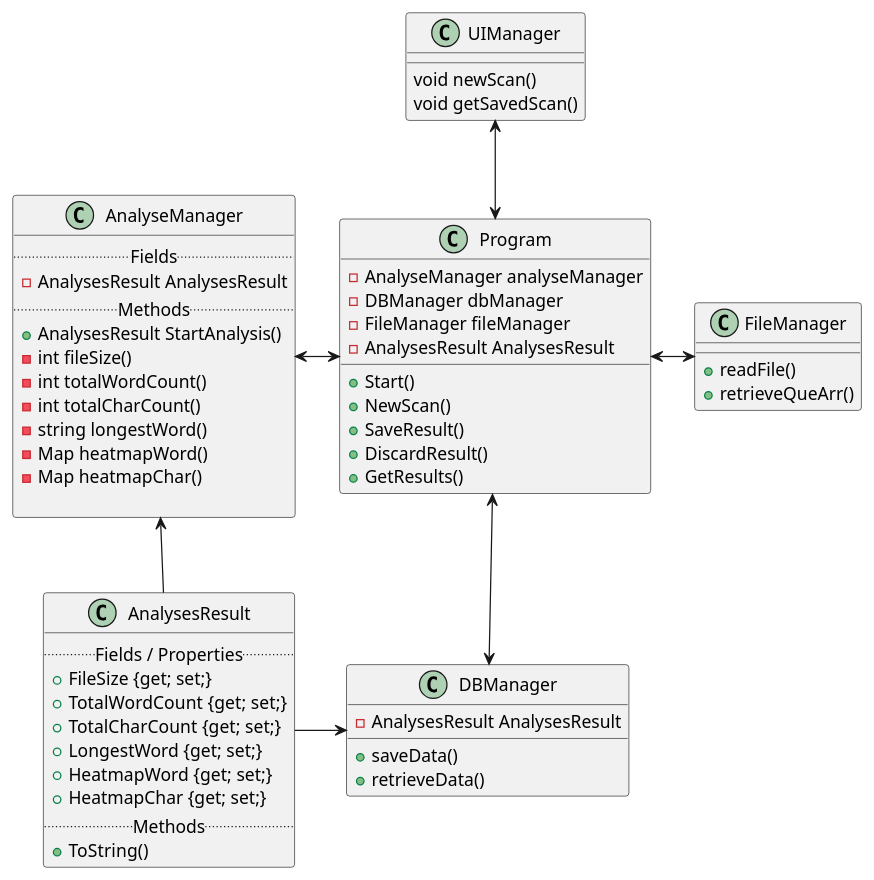
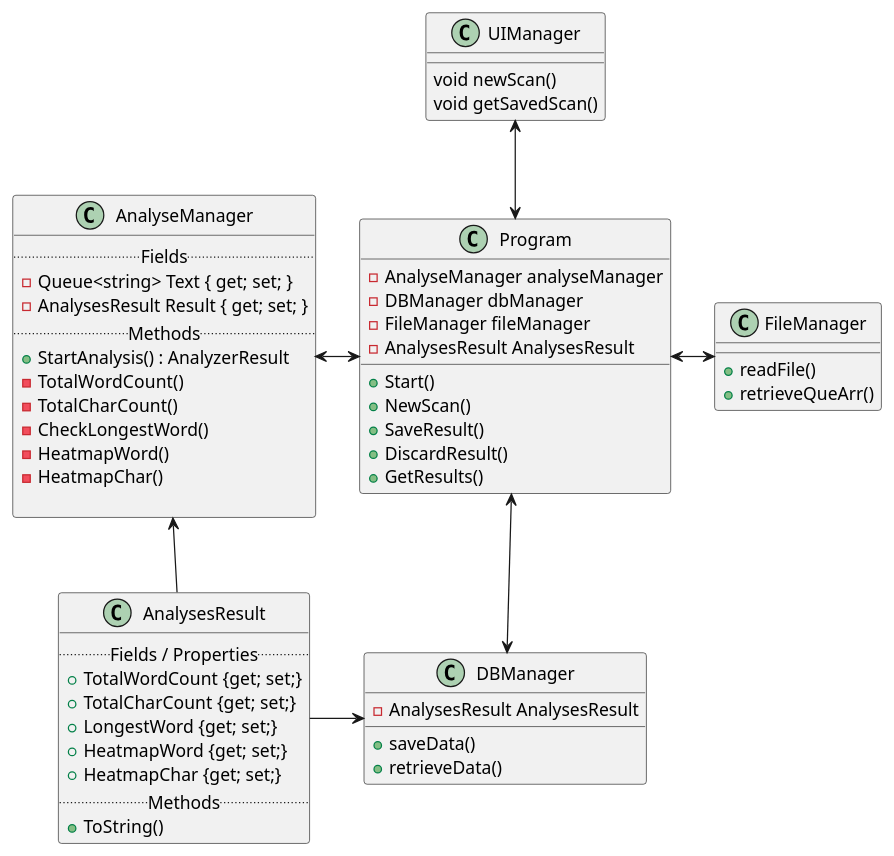
One commit to Mimeas-Studies/pgr3302-1-Software-Design-Exam changed the diagram in diagrams/ClassDiagramV001.puml. Above: the diagram before and after it, drawn with PlantUML. The commit also changed 1 other file, not shown here.

```diff
--- a/diagrams/ClassDiagramV001.puml
+++ b/diagrams/ClassDiagramV001.puml
@@ -1,67 +1,66 @@
 @startuml
 
 class UIManager {
     void newScan()
     void getSavedScan()
 }
 
 class Program {
     - AnalyseManager analyseManager
     - DBManager dbManager
     - FileManager fileManager
     - AnalysesResult AnalysesResult
     
     +Start()
     +NewScan()
     +SaveResult()
     +DiscardResult()
     +GetResults()
 }
 
 class AnalyseManager {
     ..Fields..
-    - AnalysesResult AnalysesResult
+    - Queue<string> Text { get; set; }
+    - AnalysesResult Result { get; set; }
     ..Methods..
-    + AnalysesResult StartAnalysis()
-    - int fileSize()
-    - int totalWordCount()
-    - int totalCharCount()
-    - string longestWord()
-    - Map heatmapWord()
-    - Map heatmapChar()
+    + StartAnalysis() : AnalyzerResult
+    - TotalWordCount()
+    - TotalCharCount()
+    - CheckLongestWord()
+    - HeatmapWord()
+    - HeatmapChar()
     
 }
 
 class AnalysesResult {
     ..Fields / Properties..
-    + FileSize {get; set;}
     + TotalWordCount {get; set;}
     + TotalCharCount {get; set;}
     + LongestWord {get; set;}
     + HeatmapWord {get; set;}
     + HeatmapChar {get; set;}
     ..Methods..
     + ToString()
 }
 
 class DBManager {
     - AnalysesResult AnalysesResult
     + saveData()
     + retrieveData()
 }
 
 class FileManager {
     + readFile()
     + retrieveQueArr()
 }
 
 UIManager <--> Program
 AnalyseManager <-> Program
 AnalyseManager <-- AnalysesResult
 AnalysesResult -> DBManager
 
 Program <-> FileManager 
 
 Program <--> DBManager 
 
 @enduml
```
